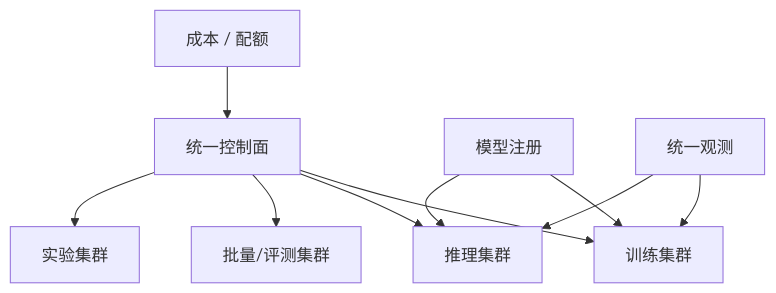
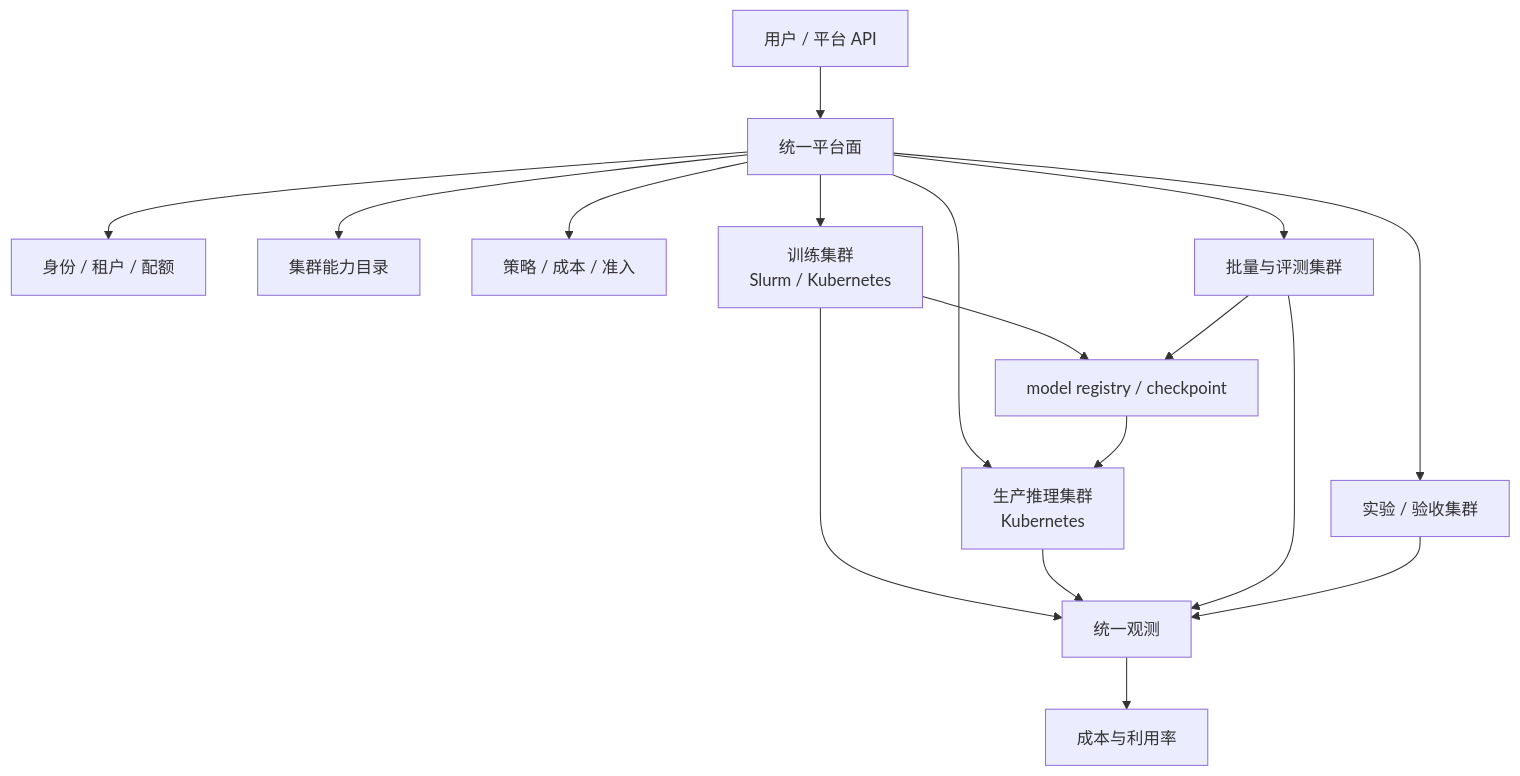
The diagram in docs/part-05-orchestration/chapter-25-multi-cluster.md (ikingye/ai-factory-engineering), drawn with Mermaid before and after one commit. The commit also changed other lines of this file and 2 other files, not shown here.

````diff
--- a/docs/part-05-orchestration/chapter-25-multi-cluster.md
+++ b/docs/part-05-orchestration/chapter-25-multi-cluster.md
@@ -23,12 +39,19 @@
 ```mermaid
 flowchart TB
-  Control["统一控制面"] --> Train["训练集群"]
-  Control --> Infer["推理集群"]
-  Control --> Batch["批量/评测集群"]
-  Control --> Exp["实验集群"]
-  Registry["模型注册"] --> Train
+  User["用户 / 平台 API"] --> Control["统一平台面"]
+  Control --> IAM["身份 / 租户 / 配额"]
+  Control --> Catalog["集群能力目录"]
+  Control --> Policy["策略 / 成本 / 准入"]
+  Control --> Train["训练集群<br/>Slurm / Kubernetes"]
+  Control --> Infer["生产推理集群<br/>Kubernetes"]
+  Control --> Batch["批量与评测集群"]
+  Control --> Exp["实验 / 验收集群"]
+  Train --> Registry["model registry / checkpoint"]
+  Batch --> Registry
   Registry --> Infer
-  Observability["统一观测"] --> Train
-  Observability --> Infer
-  Billing["成本 / 配额"] --> Control
+  Train --> Obs["统一观测"]
+  Infer --> Obs
+  Batch --> Obs
+  Exp --> Obs
+  Obs --> Cost["成本与利用率"]
 ```
````
